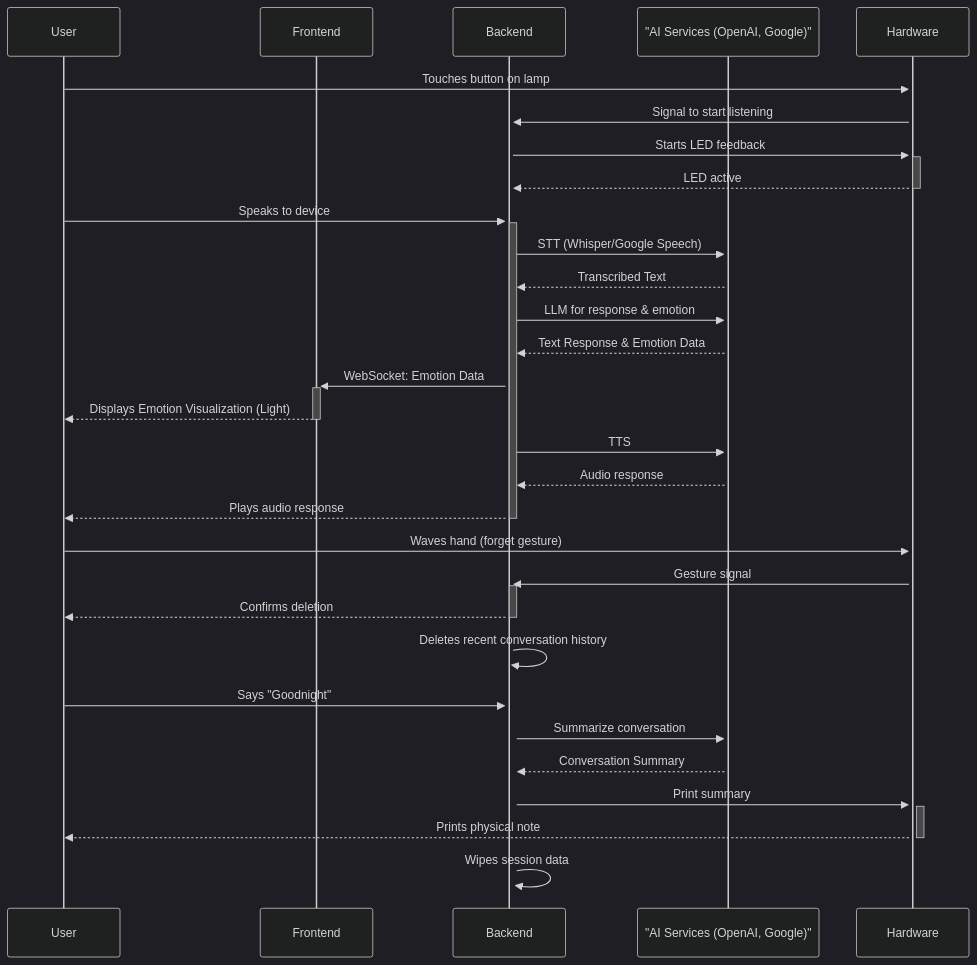
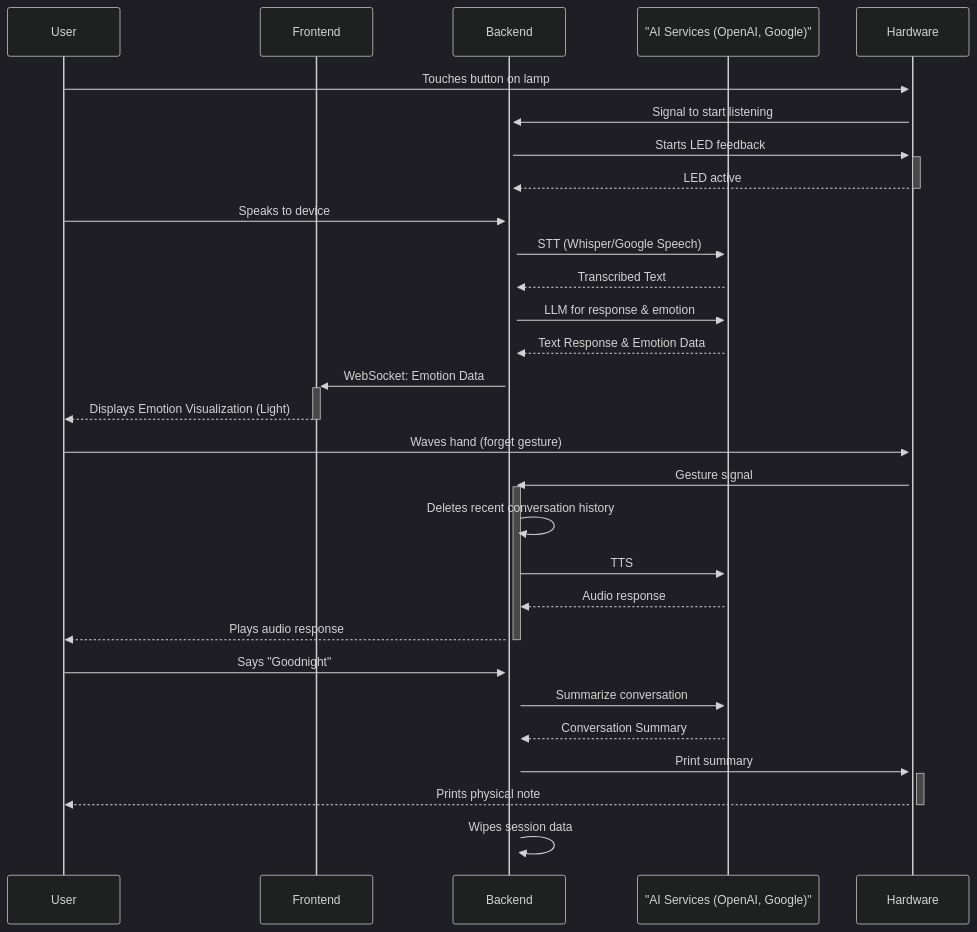
Before and after one commit to iridiumtao/OpenHCI25-Oblivilight: the diagram in README.md, drawn with Mermaid (dark theme).

````diff
--- a/README.md
+++ b/README.md
@@ -27,35 +27,34 @@
 ```mermaid
 sequenceDiagram
     participant User
     participant Frontend
     participant Backend
     participant AIServices as "AI Services (OpenAI, Google)"
     participant Hardware
 
     User->>+Hardware: Touches button on lamp
     Hardware->>+Backend: Signal to start listening
     Backend->>+Hardware: Starts LED feedback
     Hardware-->>-Backend: LED active
     User->>+Backend: Speaks to device
     Backend->>+AIServices: STT (Whisper/Google Speech)
     AIServices-->>Backend: Transcribed Text
     Backend->>+AIServices: LLM for response & emotion
     AIServices-->>Backend: Text Response & Emotion Data
     Backend->>+Frontend: WebSocket: Emotion Data
     Frontend-->>-User: Displays Emotion Visualization (Light)
+
+    User->>+Hardware: Waves hand (forget gesture)
+    Hardware->>+Backend: Gesture signal
+    Backend->>Backend: Deletes recent conversation history
     Backend->>+AIServices: TTS
     AIServices-->>Backend: Audio response
     Backend-->>-User: Plays audio response
-
-    User->>+Hardware: Waves hand (forget gesture)
-    Hardware->>+Backend: Gesture signal
-    Backend-->>-User: Confirms deletion
-    Backend->>Backend: Deletes recent conversation history
 
     User->>+Backend: Says "Goodnight"
     Backend->>+AIServices: Summarize conversation
     AIServices-->>Backend: Conversation Summary
     Backend->>+Hardware: Print summary
     Hardware-->>-User: Prints physical note
     Backend->>Backend: Wipes session data
 ```
````
